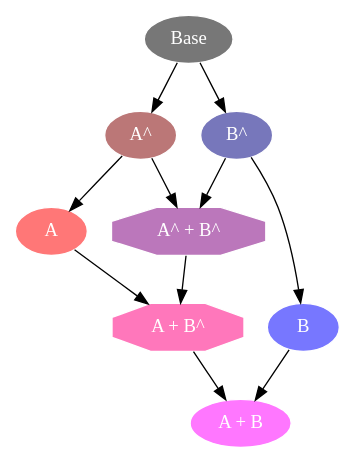
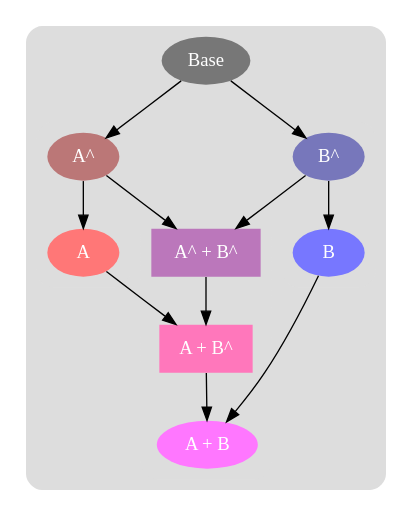
The diagram in site/images/sub-merge.dot (yairchu/yairchu.github.io), drawn with Graphviz before and after one commit. The commit also changed 4 other files, not shown here.

Commit message:
improved diagrams for sub-rebase

```diff
--- a/site/images/sub-merge.dot
+++ b/site/images/sub-merge.dot
@@ -1,28 +1,41 @@
 digraph {
-    bgcolor="invis"
+    bgcolor=invis
+    graph [color=invis style=rounded]
+    subgraph cluster_all
+    {
+        bgcolor="#dddddd"
+        node [style="filled" fontcolor="white" color=invis]
 
-    node [style="filled" fontcolor="white", color="white"]
+        Base [fillcolor="#777777"]
 
-    Base [fillcolor="#777777"]
-    A1 [fillcolor="#BB7777" label="A^"]
-    A [fillcolor="#FF7777"]
-    B1 [fillcolor="#7777BB" label="B^"]
-    B [fillcolor="#7777FF"]
-    AB [fillcolor="#FF77FF" label="A + B"]
+        subgraph cluster_a
+        {
+            A1 [fillcolor="#BB7777" label="A^"]
+            A [fillcolor="#FF7777"]
+        }
+        subgraph cluster_b
+        {
+            B1 [fillcolor="#7777BB" label="B^"]
+            B [fillcolor="#7777FF"]
+        }
+        subgraph cluster_merges
+        {
+            AB [fillcolor="#FF77FF" label="A + B"]
+            A1B1 [fillcolor="#BB77BB" label="A^ + B^" shape=rect]
+            AB1 [fillcolor="#FF77BB" label="A + B^" shape=rect]
+        }
 
-    A1B1 [fillcolor="#BB77BB" label="A^ + B^" shape="octagon"]
-    AB1 [fillcolor="#FF77BB" label="A + B^" shape="octagon"]
+        Base -> A1
+        A1 -> A
+        Base -> B1
+        B1 -> B
 
-    Base -> A1
-    A1 -> A
-    Base -> B1
-    B1 -> B
+        A1 -> A1B1
+        B1 -> A1B1
+        A -> AB1
+        A1B1 -> AB1
 
-    A1 -> A1B1
-    B1 -> A1B1
-    A -> AB1
-    A1B1 -> AB1
-
-    AB1 -> AB
-    B -> AB
+        AB1 -> AB
+        B -> AB
+    }
 }
```
